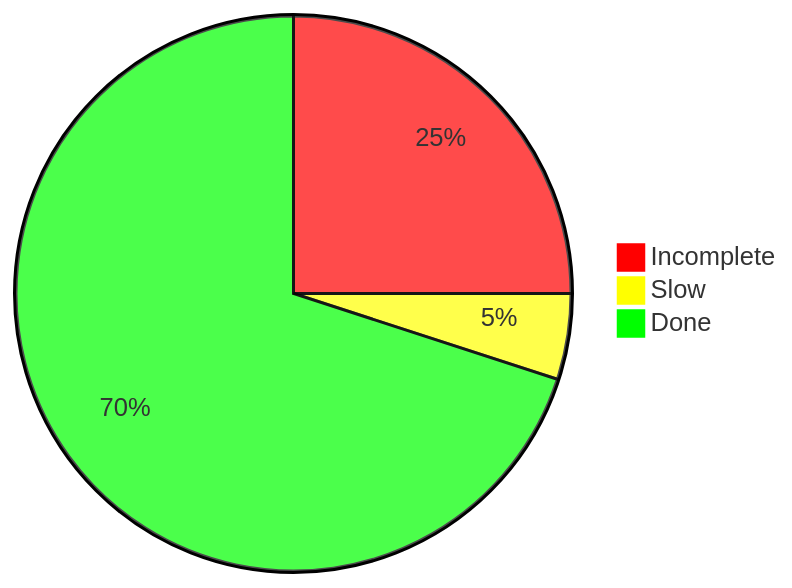
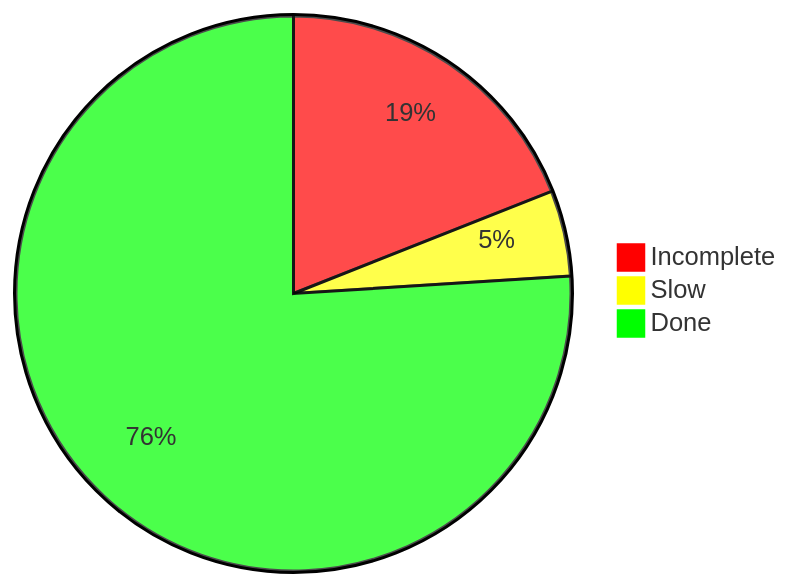
Before and after one commit to abirks/aoc_java: the diagram in README.md, drawn with Mermaid. The commit also changed other lines of this file and 2 other files, not shown here.

````diff
--- a/README.md
+++ b/README.md
@@ -27,7 +33,7 @@
 ```mermaid
 %%{init: {'theme': 'base', 'themeVariables': { 'pie1': '#FF0000', 'pie2': '#FFFF00', 'pie3': '#00FF00'}}}%%
 pie
-"Incomplete" : 25
+"Incomplete" : 19
 "Slow" : 5
-"Done" : 70
+"Done" : 76
 ```
````
